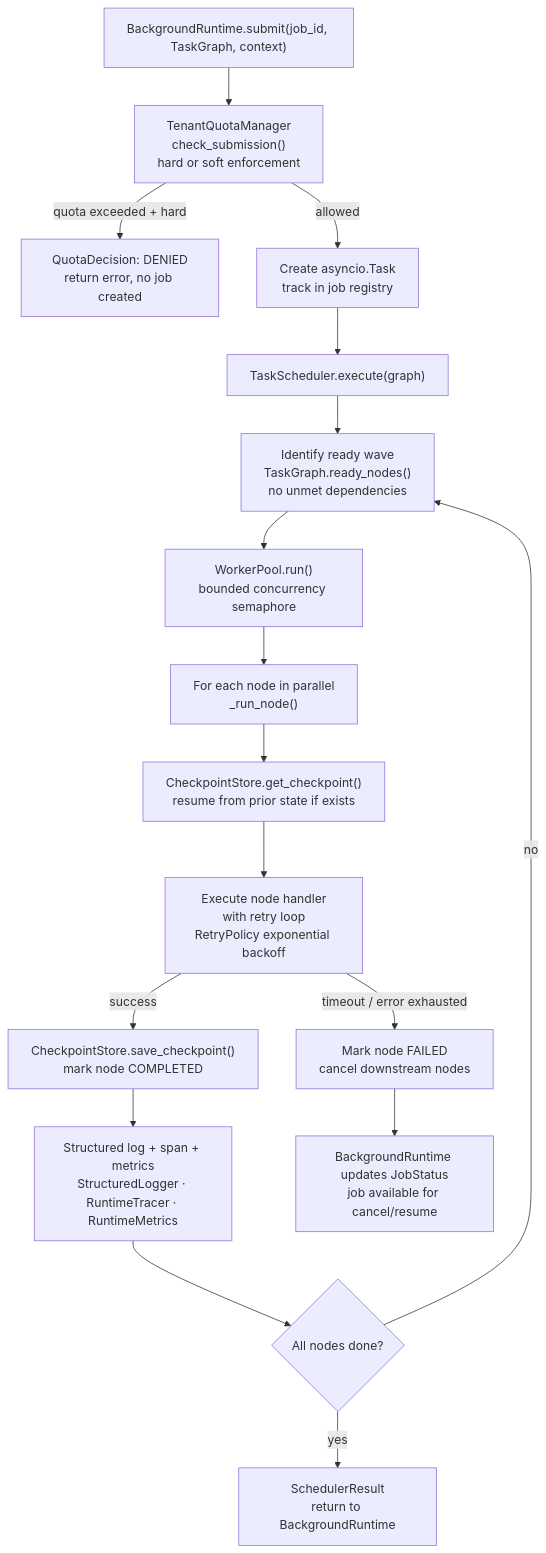
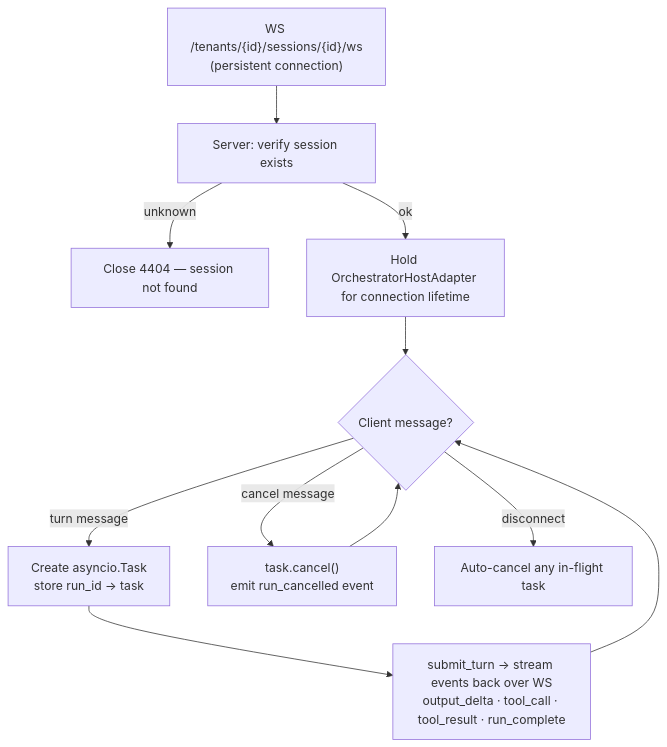
Before and after one commit to SavinRazvan/eXo-brain: the third of 5 diagrams in README.md, drawn with Mermaid. The commit also changed other lines of this file and 3 other files, not shown here.

````diff
--- a/README.md
+++ b/README.md
@@ -215,23 +201,13 @@
 ```mermaid
 flowchart TD
-    A["BackgroundRuntime.submit(job_id, TaskGraph, context)"] --> B["TenantQuotaManager\ncheck_submission()\nhard or soft enforcement"]
-    B -->|"quota exceeded + hard"| C["QuotaDecision: DENIED\nreturn error, no job created"]
-    B -->|allowed| D["Create asyncio.Task\ntrack in job registry"]
-    D --> E["TaskScheduler.execute(graph)"]
-
-    E --> F["Identify ready wave\nTaskGraph.ready_nodes()\nno unmet dependencies"]
-    F --> G["WorkerPool.run()\nbounded concurrency semaphore"]
-    G --> H["For each node in parallel\n_run_node()"]
-
-    H --> I["CheckpointStore.get_checkpoint()\nresume from prior state if exists"]
-    I --> J["Execute node handler\nwith retry loop\nRetryPolicy exponential backoff"]
-
-    J -->|success| K["CheckpointStore.save_checkpoint()\nmark node COMPLETED"]
-    K --> L["Structured log + span + metrics\nStructuredLogger · RuntimeTracer · RuntimeMetrics"]
-    L --> M{All nodes done?}
-    M -->|no| F
-    M -->|yes| N["SchedulerResult\nreturn to BackgroundRuntime"]
-
-    J -->|"timeout / error exhausted"| O["Mark node FAILED\ncancel downstream nodes"]
-    O --> P["BackgroundRuntime updates JobStatus\njob available for cancel/resume"]
+    A["WS /tenants/{id}/sessions/{id}/ws\n(persistent connection)"] --> B["Server: verify session exists"]
+    B -->|unknown| C["Close 4404 — session not found"]
+    B -->|ok| D["Hold OrchestratorHostAdapter for connection lifetime"]
+    D --> E{Client message?}
+    E -->|turn message| F["Create asyncio.Task\nstore run_id → task"]
+    F --> G["submit_turn → stream events back over WS\noutput_delta · tool_call · tool_result · run_complete"]
+    G --> E
+    E -->|cancel message| H["task.cancel()\nemit run_cancelled event"]
+    H --> E
+    E -->|disconnect| I["Auto-cancel any in-flight task"]
 ```
````
